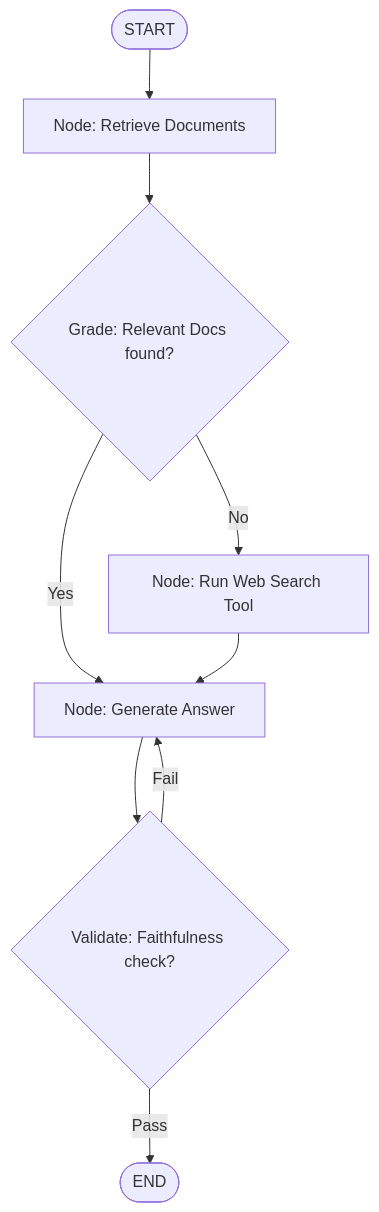
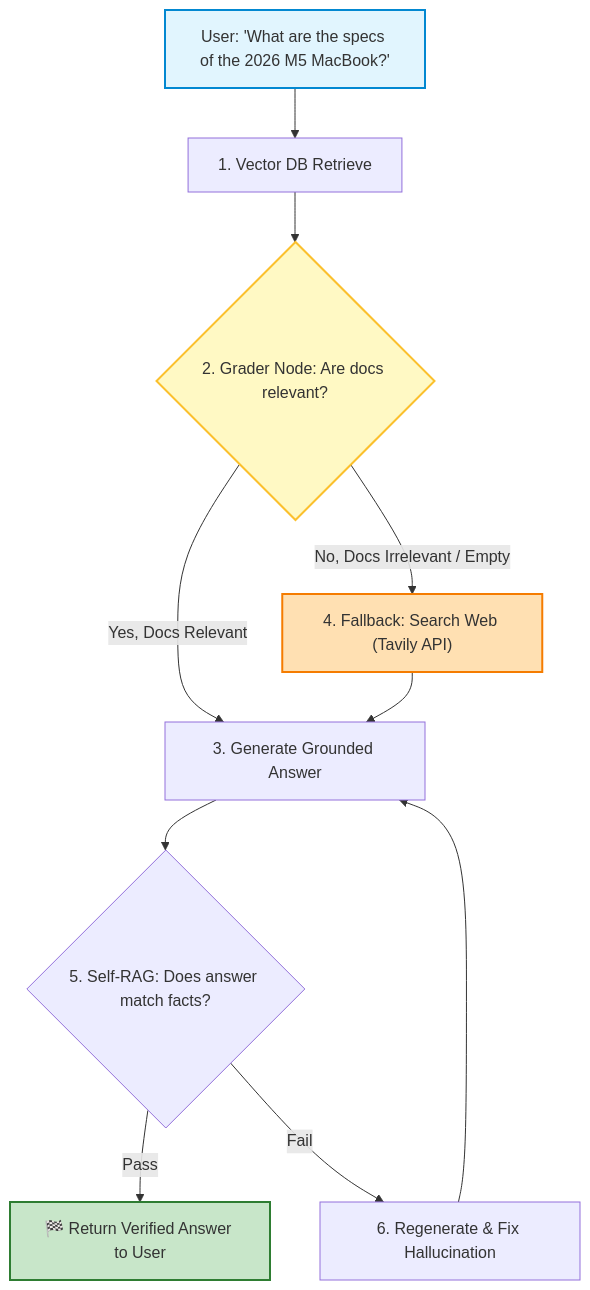
One commit to Nishant8826/theory-leaning changed the first of 3 diagrams in AI-tut/25_RAG_Corrective_and_Self_RAG.md. Above: the diagram before and after it, drawn with Mermaid. The commit also changed other lines of this file and 34 other files, not shown here.

````diff
--- a/AI-tut/25_RAG_Corrective_and_Self_RAG.md
+++ b/AI-tut/25_RAG_Corrective_and_Self_RAG.md
@@ -57,11 +13,20 @@
 ```mermaid
-graph TD
-    Start([START]) --> Retrieve[Node: Retrieve Documents]
-    Retrieve --> Grade{Grade: Relevant Docs found?}
-    Grade -->|Yes| Generate[Node: Generate Answer]
-    Grade -->|No| WebSearch[Node: Run Web Search Tool]
+flowchart TD
+    UserQuery["User: 'What are the specs of the 2026 M5 MacBook?'"] --> Retrieve["1. Vector DB Retrieve"]
+    Retrieve --> Grade{"2. Grader Node: Are docs relevant?"}
+    
+    Grade -->|Yes, Docs Relevant| Generate["3. Generate Grounded Answer"]
+    Grade -->|No, Docs Irrelevant / Empty| WebSearch["4. Fallback: Search Web (Tavily API)"]
+    
     WebSearch --> Generate
-    Generate --> Validate{Validate: Faithfulness check?}
-    Validate -->|Pass| End([END])
-    Validate -->|Fail| Generate
+    Generate --> HallucinationCheck{"5. Self-RAG: Does answer match facts?"}
+    
+    HallucinationCheck -->|Pass| Final["🏁 Return Verified Answer to User"]
+    HallucinationCheck -->|Fail| Rewrite["6. Regenerate & Fix Hallucination"]
+    Rewrite --> Generate
+
+    style UserQuery fill:#e1f5fe,stroke:#0288d1,stroke-width:2px
+    style Grade fill:#fff9c4,stroke:#fbc02d,stroke-width:2px
+    style WebSearch fill:#ffe0b2,stroke:#f57c00,stroke-width:2px
+    style Final fill:#c8e6c9,stroke:#2e7d32,stroke-width:2px
 ```
````
